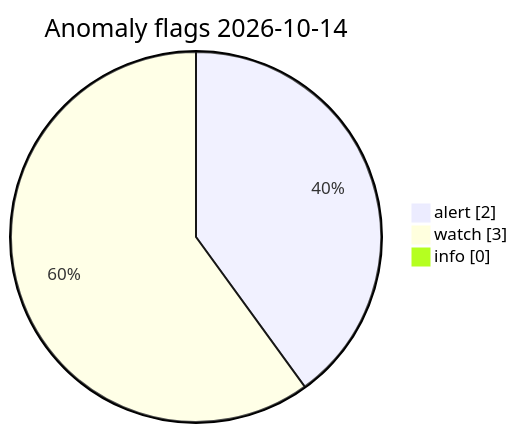
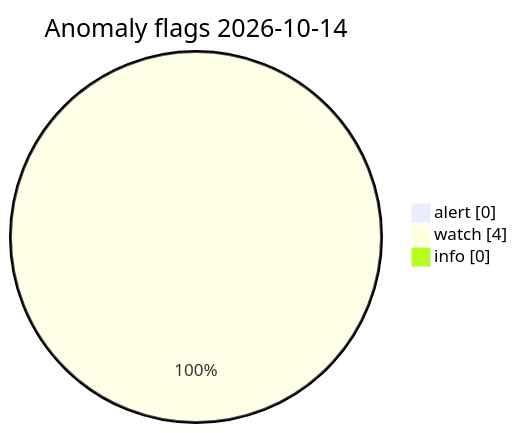
One commit to Midwest-Stratospheric/Unified-Open-Global-Weather changed the diagram in visuals/latest/CHARTS.md. Above: the diagram before and after it, drawn with Mermaid. The commit also changed other lines of this file and 13 other files, not shown here.

Commit message:
data(visuals): automated charts 2026-10-14T14:36Z

````diff
--- a/visuals/latest/CHARTS.md
+++ b/visuals/latest/CHARTS.md
@@ -73,7 +73,7 @@
 ```mermaid
 pie showData
   title Anomaly flags 2026-10-14
-  "alert" : 2
-  "watch" : 3
+  "alert" : 0
+  "watch" : 4
   "info" : 0
 ```
````
